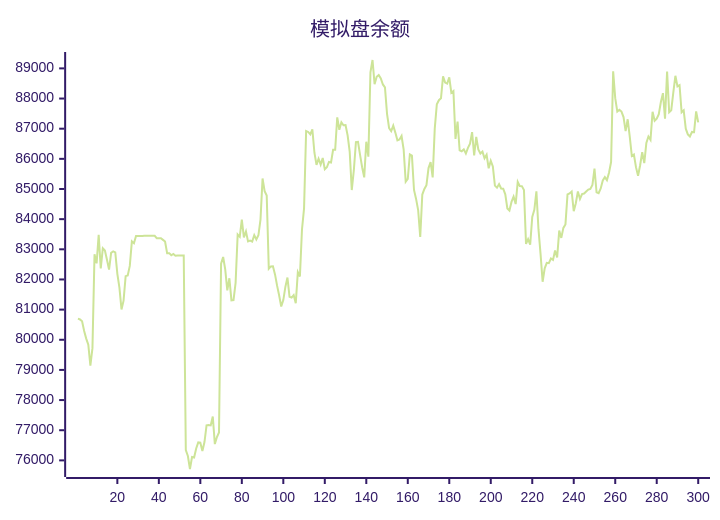
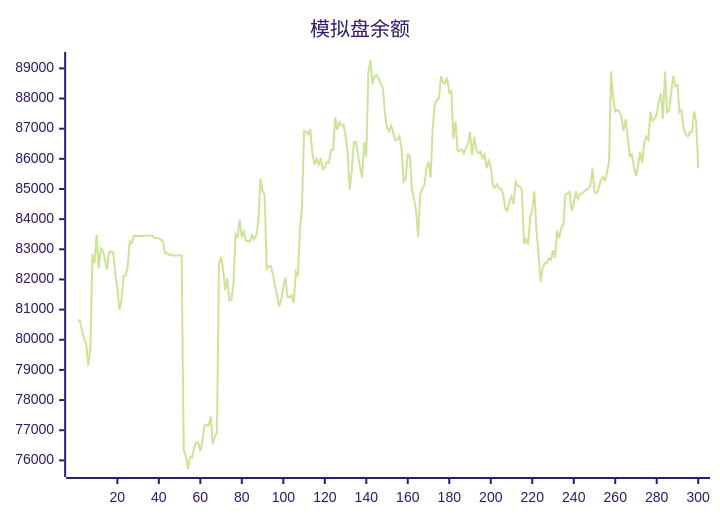
The diagram in README.md (aahl/ai-trading), drawn with Mermaid (forest theme) before and after one commit. The commit also changed other lines of this file and 1 other file, not shown here.

````diff
--- a/README.md
+++ b/README.md
@@ -5,5 +5,5 @@
 ```mermaid
 xychart
     title "模拟盘余额"
-    line [80699,80673,80616,80288,80038,79836,79142,79722,82837,82533,83480,82366,83032,82960,82654,82330,82883,82934,82901,82188,81728,81005,81298,82110,82135,82449,83264,83203,83440,83439,83440,83440,83446,83447,83448,83447,83448,83449,83369,83369,83369,83313,83256,82872,82873,82801,82844,82785,82791,82791,82793,82794,76339,76145,75714,76110,76096,76397,76594,76585,76310,76607,77160,77170,77160,77456,76541,76774,76927,82520,82744,82337,81639,82040,81307,81314,81887,83490,83414,83984,83396,83594,83261,83287,83253,83470,83327,83465,83987,85348,84930,84786,82355,82433,82438,82167,81795,81466,81105,81315,81756,82064,81426,81398,81481,81210,82242,82099,83658,84359,86925,86892,86814,86980,86203,85802,86003,85811,86028,85657,85721,85896,85880,86300,86299,87378,86965,87214,87115,87118,86780,86238,84966,85623,86555,86562,86129,85722,85387,86569,86070,88870,89278,88477,88720,88781,88668,88467,88372,87493,87018,86917,87102,86870,86613,86644,86758,86317,85242,85334,86149,86106,84968,84671,84302,83410,84816,85001,85127,85693,85891,85384,87001,87811,87945,88007,88734,88528,88495,88705,88189,88248,86662,87234,86279,86251,86314,86177,86364,86503,86886,86114,86731,86310,86176,86240,86017,86136,85685,85938,85749,85111,85044,85164,85016,85008,84824,84354,84287,84572,84745,84500,85234,85096,85095,84970,83180,83338,83157,84070,84309,84922,83667,82850,81924,82369,82552,82539,82695,82648,82962,82728,83619,83378,83710,83825,84819,84854,84917,84265,84527,84919,84668,84834,84850,84916,84981,85004,85131,85674,84891,84864,85019,85284,85393,85294,85538,85894,88904,88012,87567,87625,87568,87386,86920,87313,86737,86094,86143,85725,85437,85787,86219,85859,86526,86740,86630,87563,87264,87335,87483,87886,88180,87335,88894,87544,87608,88207,88755,88401,88444,87543,87608,87000,86810,86740,86894,86884,87576,87209]
+    line [80673,80616,80288,80038,79836,79142,79722,82837,82533,83480,82366,83032,82960,82654,82330,82883,82934,82901,82188,81728,81005,81298,82110,82135,82449,83264,83203,83440,83439,83440,83440,83446,83447,83448,83447,83448,83449,83369,83369,83369,83313,83256,82872,82873,82801,82844,82785,82791,82791,82793,82794,76339,76145,75714,76110,76096,76397,76594,76585,76310,76607,77160,77170,77160,77456,76541,76774,76927,82520,82744,82337,81639,82040,81307,81314,81887,83490,83414,83984,83396,83594,83261,83287,83253,83470,83327,83465,83987,85348,84930,84786,82355,82433,82438,82167,81795,81466,81105,81315,81756,82064,81426,81398,81481,81210,82242,82099,83658,84359,86925,86892,86814,86980,86203,85802,86003,85811,86028,85657,85721,85896,85880,86300,86299,87378,86965,87214,87115,87118,86780,86238,84966,85623,86555,86562,86129,85722,85387,86569,86070,88870,89278,88477,88720,88781,88668,88467,88372,87493,87018,86917,87102,86870,86613,86644,86758,86317,85242,85334,86149,86106,84968,84671,84302,83410,84816,85001,85127,85693,85891,85384,87001,87811,87945,88007,88734,88528,88495,88705,88189,88248,86662,87234,86279,86251,86314,86177,86364,86503,86886,86114,86731,86310,86176,86240,86017,86136,85685,85938,85749,85111,85044,85164,85016,85008,84824,84354,84287,84572,84745,84500,85234,85096,85095,84970,83180,83338,83157,84070,84309,84922,83667,82850,81924,82369,82552,82539,82695,82648,82962,82728,83619,83378,83710,83825,84819,84854,84917,84265,84527,84919,84668,84834,84850,84916,84981,85004,85131,85674,84891,84864,85019,85284,85393,85294,85538,85894,88904,88012,87567,87625,87568,87386,86920,87313,86737,86094,86143,85725,85437,85787,86219,85859,86526,86740,86630,87563,87264,87335,87483,87886,88180,87335,88894,87544,87608,88207,88755,88401,88444,87543,87608,87000,86810,86740,86894,86884,87576,87209,85686]
 ```
````
